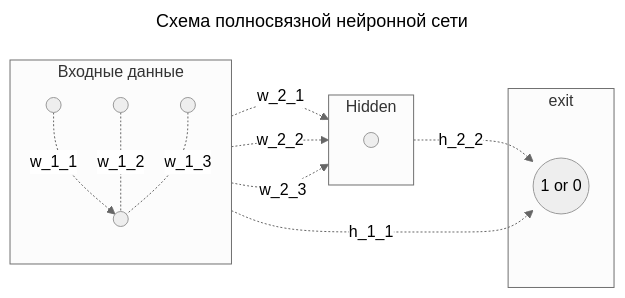
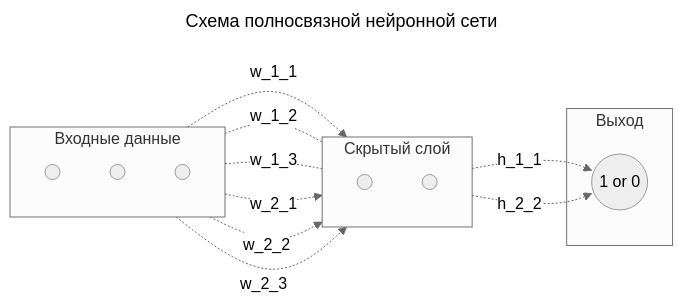
Before and after one commit to denisbolshakoff/Automation_of_prereview_of_scientific_manuscripts: the diagram in readme.md, drawn with Mermaid (neutral theme).

Commit message:
исправлен readme.md файл

````diff
--- a/readme.md
+++ b/readme.md
@@ -29,31 +29,40 @@
 ```mermaid
 ---
 title: Схема полносвязной нейронной сети
 ---
 
 graph LR
 
 classDef nofill fill:none, stroke:none;
 
 
     subgraph Clients[Входные данные]
         direction TB
+	 A1((" ")) 
+	 A2((" "))
+	 A3((" "))
+ 	end
+
+	subgraph Hidden[Скрытый слой]
+	direction TB
+	 B1((" "))
+	 B2((" "))
+	end
+
+	subgraph exit[Выход]
+	 C1(("1 or 0"))
+	end
+
+
 	 A1((" ")) -.w_1_1.-> B1((" "))
 	 A2((" ")) -.w_1_2.- B1
 	 A3((" ")) -.w_1_3.- B1
- 	end
 
-
-	subgraph Hidden
-	direction TB
 	 A1-.w_2_1.->B2((" "))
 	 A2-.w_2_2.->B2
 	 A3-.w_2_3.->B2
-	end
 
 
-	subgraph exit
 	 B1-.h_1_1.->C1(("1 or 0"))
 	 B2-.h_2_2.->C1
-	end
 ```
````
